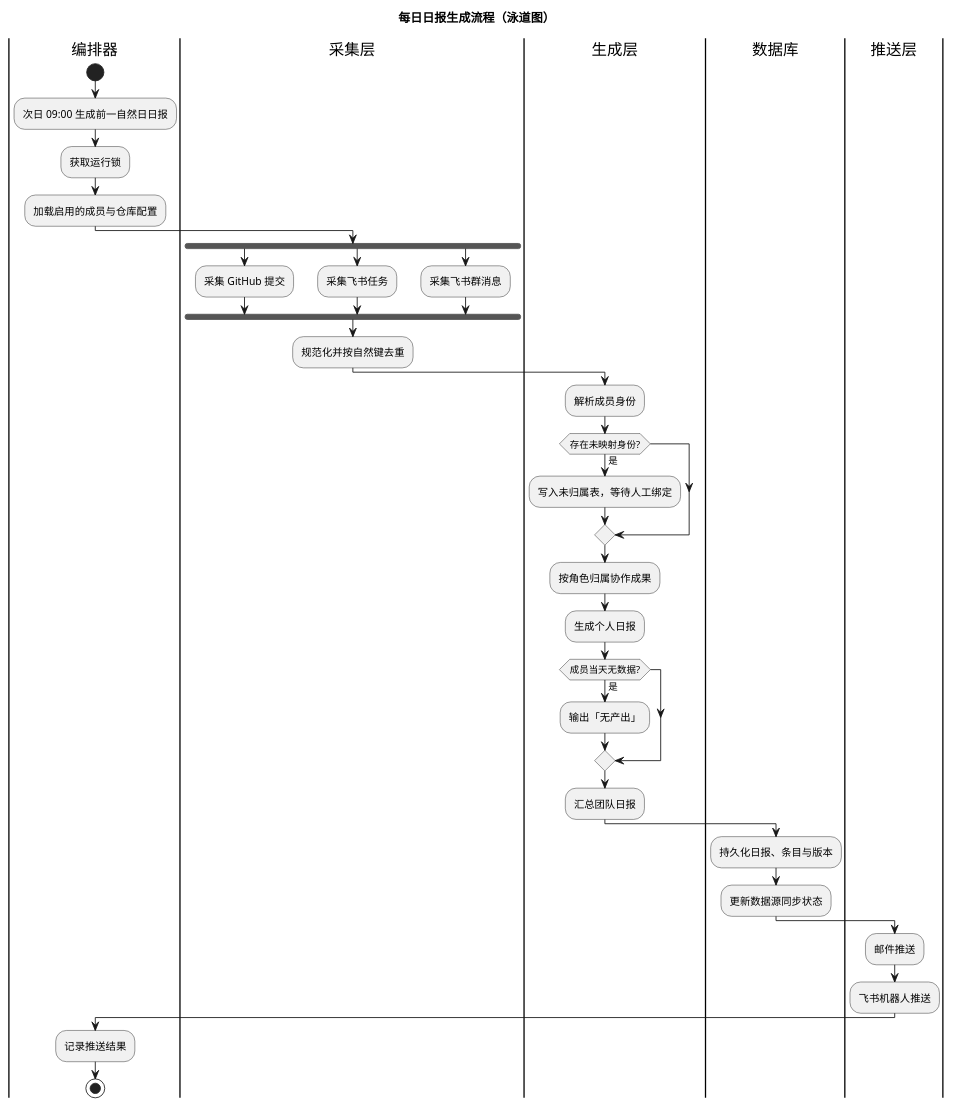
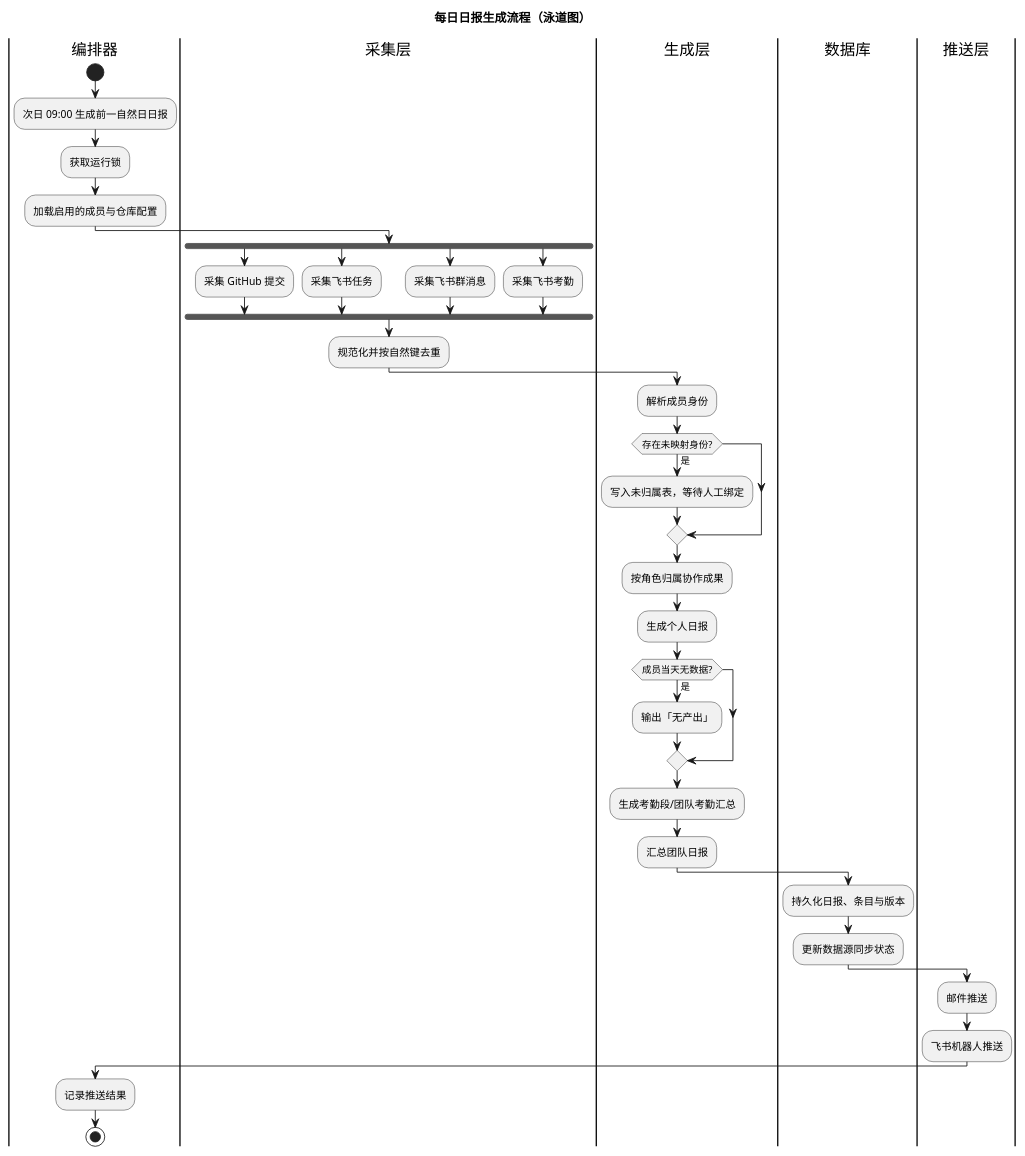
One commit to lixiyi111/WorkDailyReport changed the diagram in v1-sdd/specs/uml/swimlane.puml. Above: the diagram before and after it, drawn with PlantUML. The commit also changed 12 other files, not shown here.

```diff
--- a/v1-sdd/specs/uml/swimlane.puml
+++ b/v1-sdd/specs/uml/swimlane.puml
@@ -1,45 +1,48 @@
 @startuml
 ' 智能日报生成器 · 每日日报生成泳道图
 title 每日日报生成流程（泳道图）
 
 |编排器|
 start
 :次日 09:00 生成前一自然日日报;
 :获取运行锁;
 :加载启用的成员与仓库配置;
 
 |采集层|
 fork
   :采集 GitHub 提交;
 fork again
   :采集飞书任务;
 fork again
   :采集飞书群消息;
+fork again
+  :采集飞书考勤;
 end fork
 :规范化并按自然键去重;
 
 |生成层|
 :解析成员身份;
 if (存在未映射身份?) then (是)
   :写入未归属表，等待人工绑定;
 endif
 :按角色归属协作成果;
 :生成个人日报;
 if (成员当天无数据?) then (是)
   :输出「无产出」;
 endif
+:生成考勤段/团队考勤汇总;
 :汇总团队日报;
 
 |数据库|
 :持久化日报、条目与版本;
 :更新数据源同步状态;
 
 |推送层|
 :邮件推送;
 :飞书机器人推送;
 
 |编排器|
 :记录推送结果;
 stop
 
 @enduml
```
